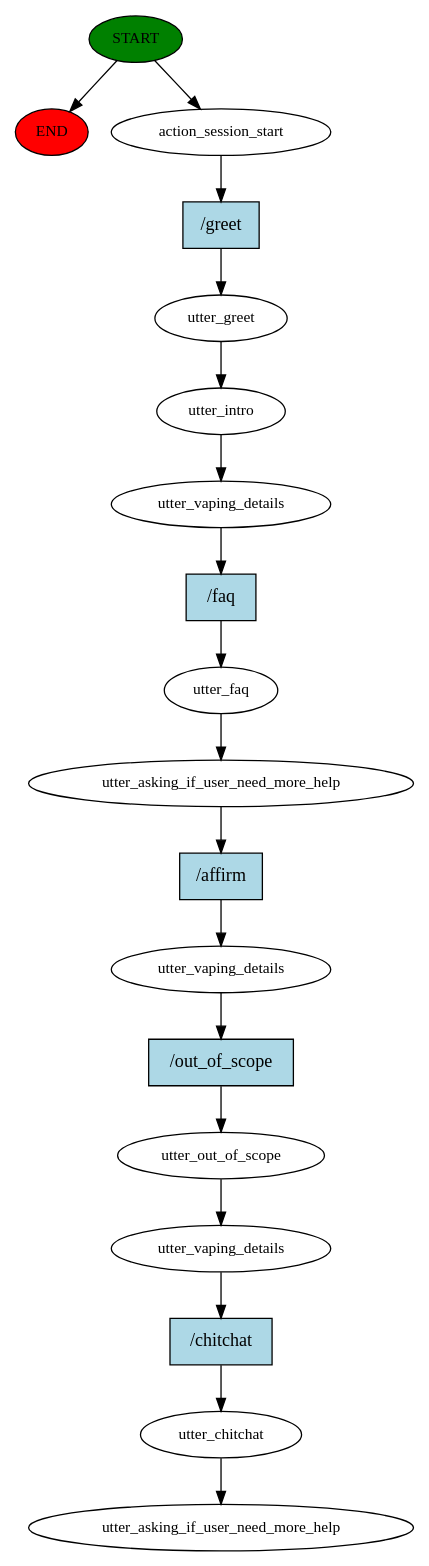
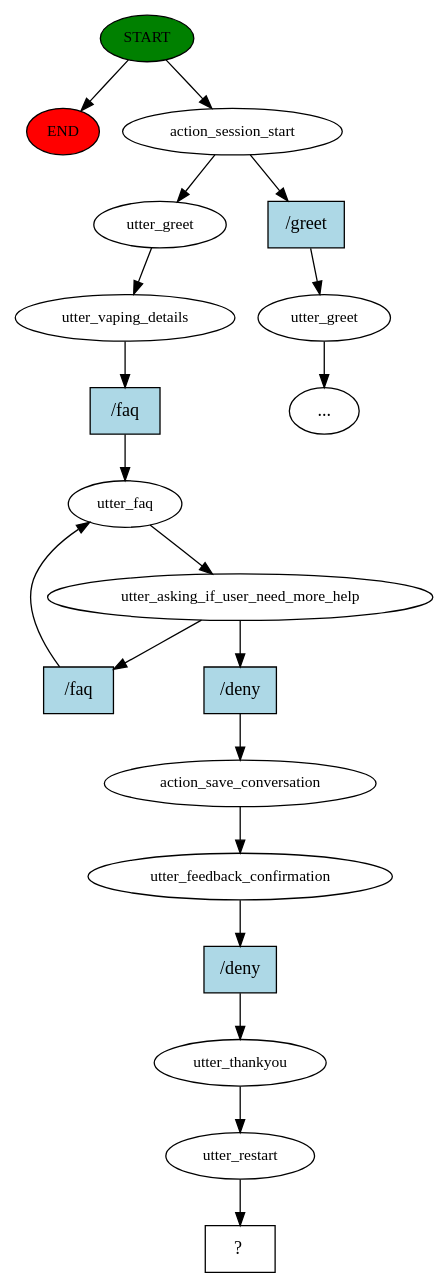
The diagram in story_graph.dot (MuhammadFaheem1/rasa2), drawn with Graphviz before and after one commit. The commit also changed 140 other files, not shown here.

```diff
--- a/story_graph.dot
+++ b/story_graph.dot
@@ -1,37 +1,40 @@
 digraph  {
 0 [class="start active", fillcolor=green, fontsize=12, label=START, style=filled];
 "-1" [class=end, fillcolor=red, fontsize=12, label=END, style=filled];
 1 [class=active, fontsize=12, label=action_session_start];
-2 [class=active, fontsize=12, label=utter_greet];
-3 [class=active, fontsize=12, label=utter_intro];
-4 [class=active, fontsize=12, label=utter_vaping_details];
-5 [class=active, fontsize=12, label=utter_faq];
-6 [class=active, fontsize=12, label=utter_asking_if_user_need_more_help];
-7 [class=active, fontsize=12, label=utter_vaping_details];
-8 [class=active, fontsize=12, label=utter_out_of_scope];
-9 [class=active, fontsize=12, label=utter_vaping_details];
-10 [class=active, fontsize=12, label=utter_chitchat];
-11 [class="dashed active", fontsize=12, label=utter_asking_if_user_need_more_help];
-12 [class="intent active", fillcolor=lightblue, label="/greet", shape=rect, style=filled];
-13 [class="intent active", fillcolor=lightblue, label="/faq", shape=rect, style=filled];
-14 [class="intent active", fillcolor=lightblue, label="/affirm", shape=rect, style=filled];
-15 [class="intent active", fillcolor=lightblue, label="/out_of_scope", shape=rect, style=filled];
-16 [class="intent active", fillcolor=lightblue, label="/chitchat", shape=rect, style=filled];
+2 [class="", fontsize=12, label=utter_greet];
+"-3" [class=ellipsis, label="..."];
+4 [class=active, fontsize=12, label=utter_greet];
+5 [class=active, fontsize=12, label=utter_vaping_details];
+6 [class=active, fontsize=12, label=utter_faq];
+7 [class=active, fontsize=12, label=utter_asking_if_user_need_more_help];
+10 [class=active, fontsize=12, label=action_save_conversation];
+11 [class=active, fontsize=12, label=utter_feedback_confirmation];
+12 [class=active, fontsize=12, label=utter_thankyou];
+13 [class=active, fontsize=12, label=utter_restart];
+14 [class="intent dashed active", label="  ?  ", shape=rect];
+15 [class=intent, fillcolor=lightblue, label="/greet", shape=rect, style=filled];
+16 [class="intent active", fillcolor=lightblue, label="/faq", shape=rect, style=filled];
+17 [class="intent active", fillcolor=lightblue, label="/faq", shape=rect, style=filled];
+18 [class="intent active", fillcolor=lightblue, label="/deny", shape=rect, style=filled];
+19 [class="intent active", fillcolor=lightblue, label="/deny", shape=rect, style=filled];
 0 -> "-1"  [class="", key=NONE, label=""];
 0 -> 1  [class=active, key=NONE, label=""];
-1 -> 12  [class=active, key=0];
-2 -> 3  [class=active, key=NONE, label=""];
-3 -> 4  [class=active, key=NONE, label=""];
-4 -> 13  [class=active, key=0];
-5 -> 6  [class=active, key=NONE, label=""];
-6 -> 14  [class=active, key=0];
-7 -> 15  [class=active, key=0];
-8 -> 9  [class=active, key=NONE, label=""];
-9 -> 16  [class=active, key=0];
+1 -> 4  [class=active, key=NONE, label=""];
+1 -> 15  [class="", key=0];
+2 -> "-3"  [class="", key=NONE, label=""];
+4 -> 5  [class=active, key=NONE, label=""];
+5 -> 16  [class=active, key=0];
+6 -> 7  [class=active, key=NONE, label=""];
+7 -> 17  [class=active, key=0];
+7 -> 18  [class=active, key=0];
 10 -> 11  [class=active, key=NONE, label=""];
-12 -> 2  [class=active, key=0];
-13 -> 5  [class=active, key=0];
-14 -> 7  [class=active, key=0];
-15 -> 8  [class=active, key=0];
-16 -> 10  [class=active, key=0];
+11 -> 19  [class=active, key=0];
+12 -> 13  [class=active, key=NONE, label=""];
+13 -> 14  [class=active, key=NONE, label=""];
+15 -> 2  [class="", key=0];
+16 -> 6  [class=active, key=0];
+17 -> 6  [class=active, key=0];
+18 -> 10  [class=active, key=0];
+19 -> 12  [class=active, key=0];
 }
```
